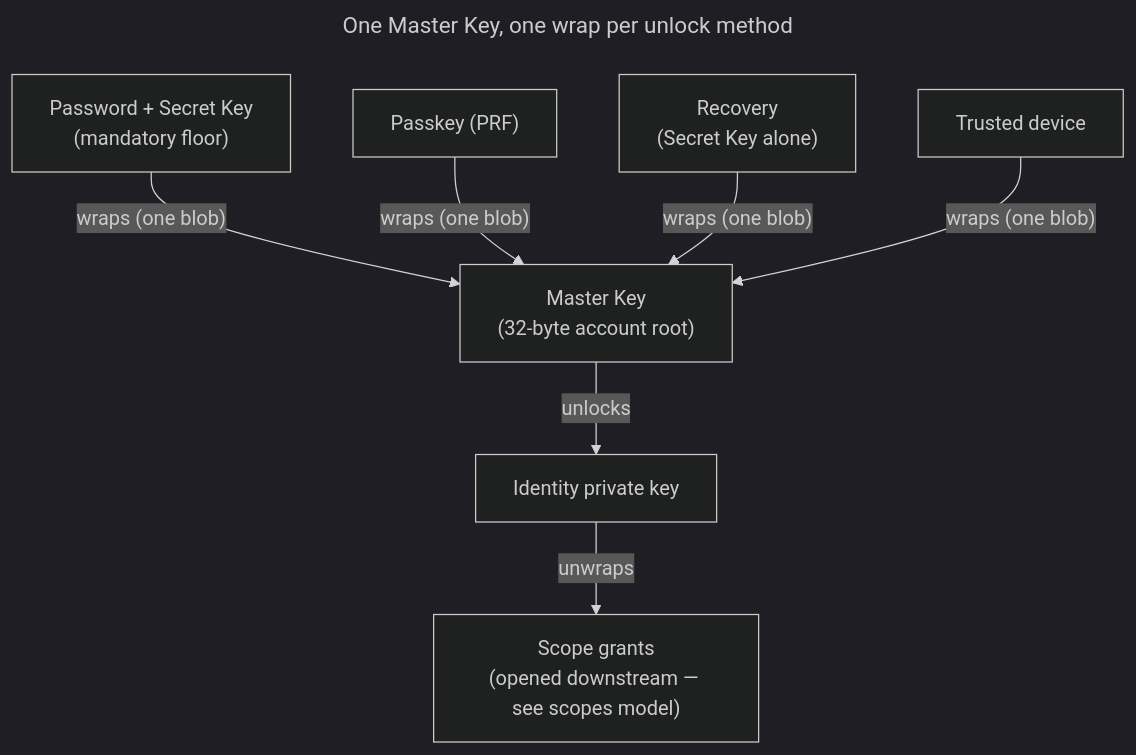
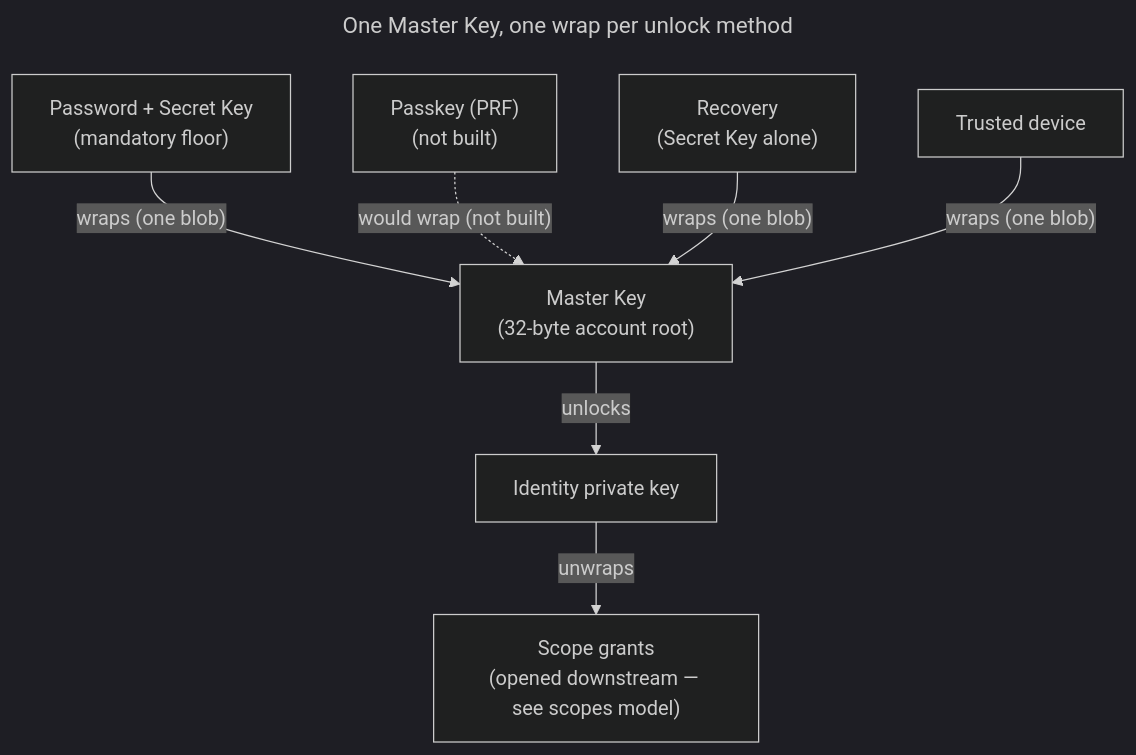
One commit to raddatzk/veyq changed the diagram in docs/features/account/enablers/en.account.key-model.md. Above: the diagram before and after it, drawn with Mermaid (dark theme). The commit also changed other lines of this file and 3 other files, not shown here.

````diff
--- a/docs/features/account/enablers/en.account.key-model.md
+++ b/docs/features/account/enablers/en.account.key-model.md
@@ -37,20 +37,20 @@
 ```mermaid
 ---
 title: One Master Key, one wrap per unlock method
 ---
 flowchart TB
   pw["Password + Secret Key<br>(mandatory floor)"]
-  pk["Passkey (PRF)"]
+  pk["Passkey (PRF)<br>(not built)"]
   rec["Recovery<br>(Secret Key alone)"]
   dev["Trusted device"]
   muk["Master Key<br>(32-byte account root)"]
   idk["Identity private key"]
   grants["Scope grants<br>(opened downstream — see scopes model)"]
 
   pw -->|"wraps (one blob)"| muk
-  pk -->|"wraps (one blob)"| muk
+  pk -.->|"would wrap (not built)"| muk
   rec -->|"wraps (one blob)"| muk
   dev -->|"wraps (one blob)"| muk
   muk -->|"unlocks"| idk
   idk -->|"unwraps"| grants
 ```
````
